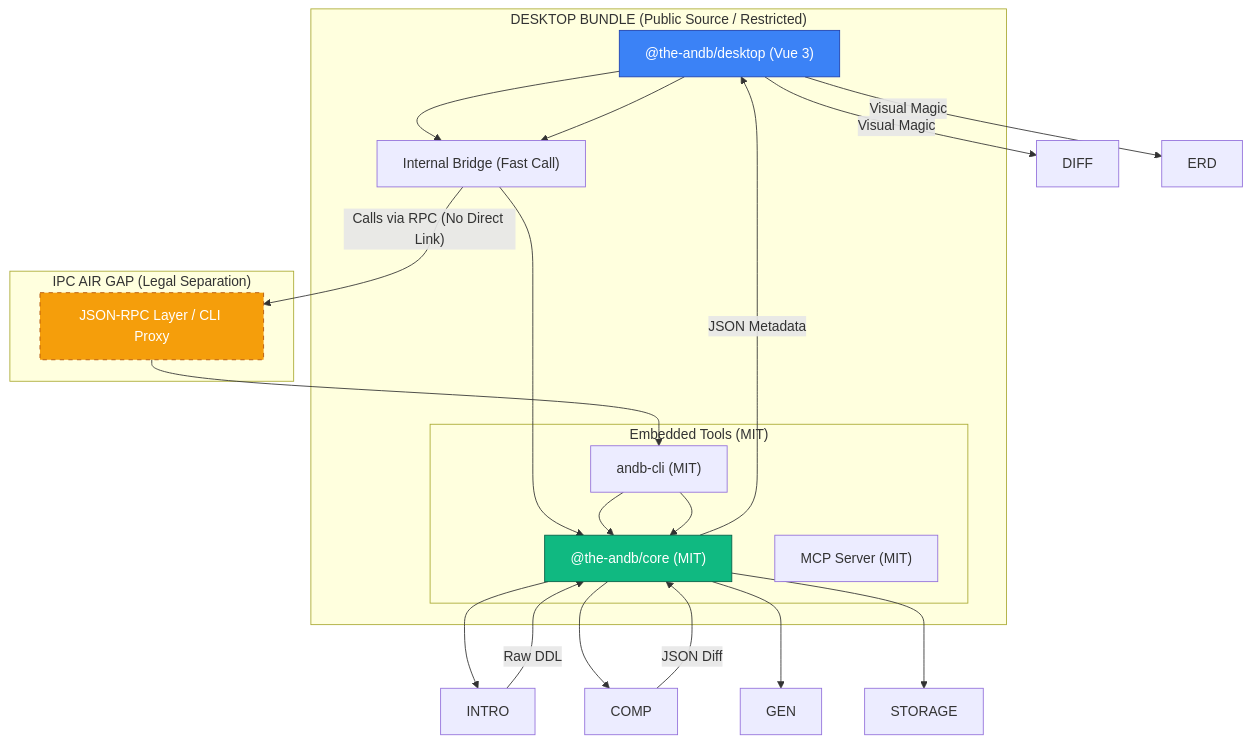
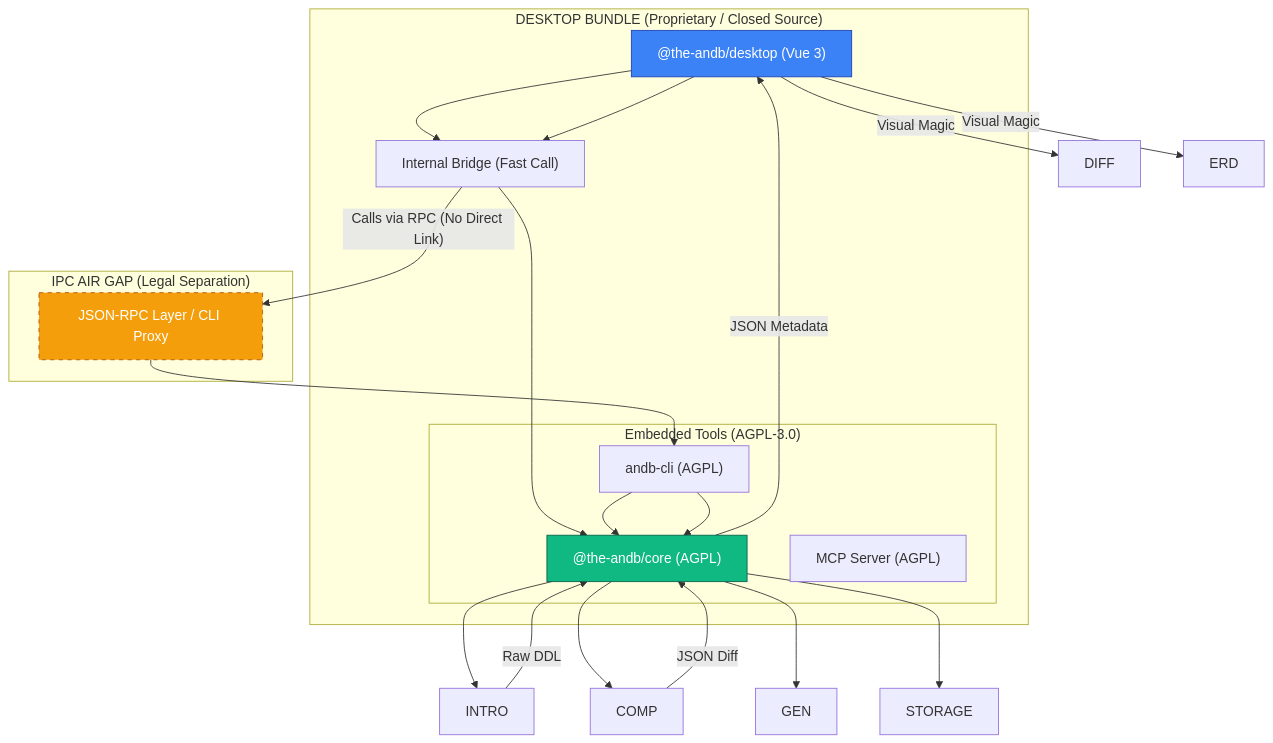
Before and after one commit to The-Andb/andb-monorepo: the diagram in ai/SYSTEM_DESIGN.md, drawn with Mermaid. The commit also changed other lines of this file and 6 other files, not shown here.

````diff
--- a/ai/SYSTEM_DESIGN.md
+++ b/ai/SYSTEM_DESIGN.md
@@ -5,44 +5,44 @@
 ```mermaid
 graph TD
-    subgraph "DESKTOP BUNDLE (Public Source / Restricted)"
+    subgraph "DESKTOP BUNDLE (Proprietary / Closed Source)"
         UI["@the-andb/desktop (Vue 3)"]
-        subgraph "Embedded Tools (MIT)"
-            CORE["@the-andb/core (MIT)"]
-            CLI["andb-cli (MIT)"]
-            MCP["MCP Server (MIT)"]
+        subgraph "Embedded Tools (AGPL-3.0)"
+            CORE["@the-andb/core (AGPL)"]
+            CLI["andb-cli (AGPL)"]
+            MCP["MCP Server (AGPL)"]
         end
         BRIDGE["Internal Bridge (Fast Call)"]
     end
 
     subgraph "IPC AIR GAP (Legal Separation)"
         RPC["JSON-RPC Layer / CLI Proxy"]
     end
 
     %% No more RPC DMZ between Desktop and Core when bundled
     UI --> BRIDGE
     BRIDGE --> CORE
     CLI --> CORE
 
     %% Relationships
     UI --> BRIDGE
     BRIDGE -- "Calls via RPC (No Direct Link)" --> RPC
     RPC --> CLI
     CLI --> CORE
 
     CORE --> INTRO
     CORE --> COMP
     CORE --> GEN
     CORE --> STORAGE
 
     %% Data Flow
     INTRO -- "Raw DDL" --> CORE
     COMP -- "JSON Diff" --> CORE
     CORE -- "JSON Metadata" --> UI
     UI -- "Visual Magic" --> DIFF
     UI -- "Visual Magic" --> ERD
 
     %% Styling
     style UI fill:#3b82f6,color:#fff,stroke:#1e40af
     style CORE fill:#10b981,color:#fff,stroke:#065f46
     style RPC fill:#f59e0b,color:#fff,stroke:#b45309,stroke-dasharray: 5 5
 ```
````
